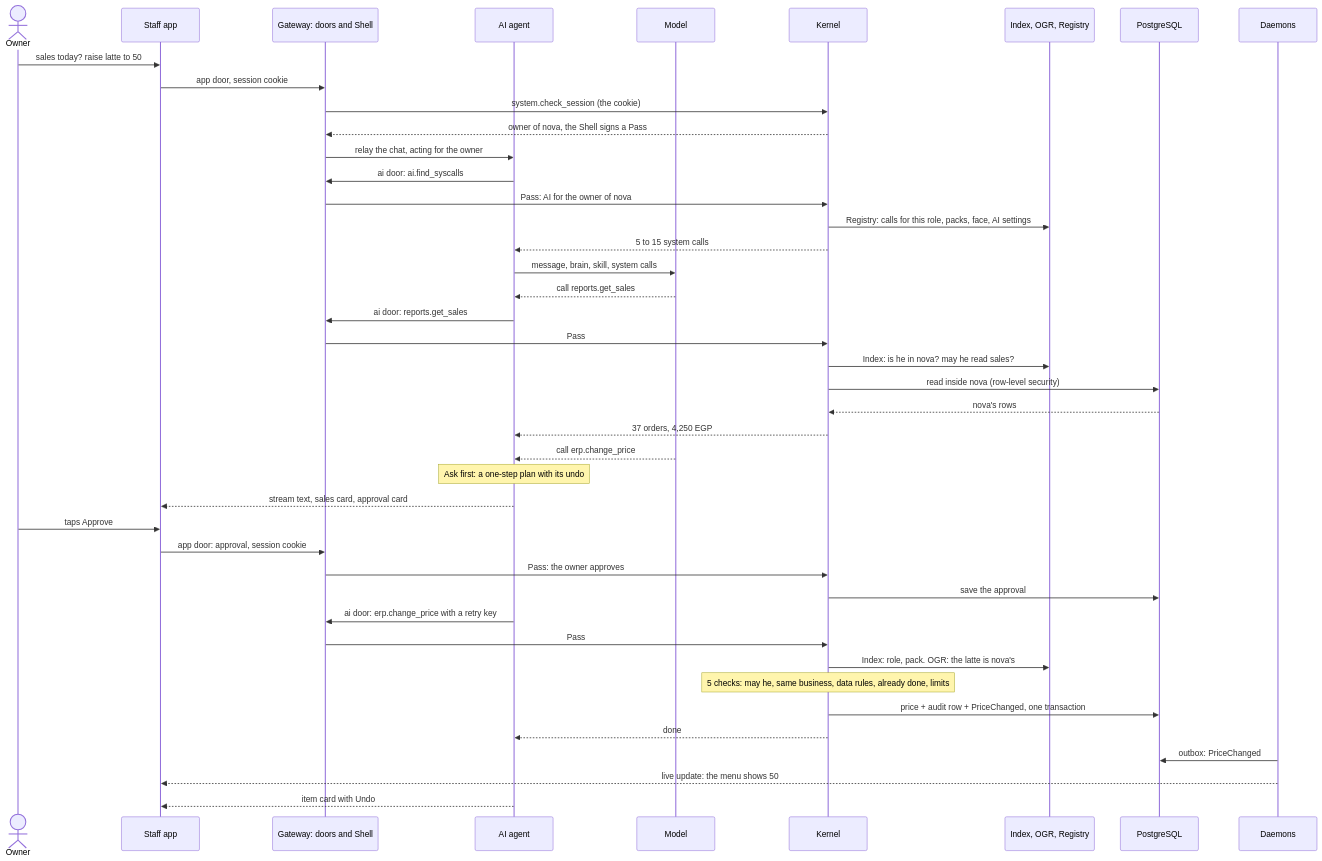
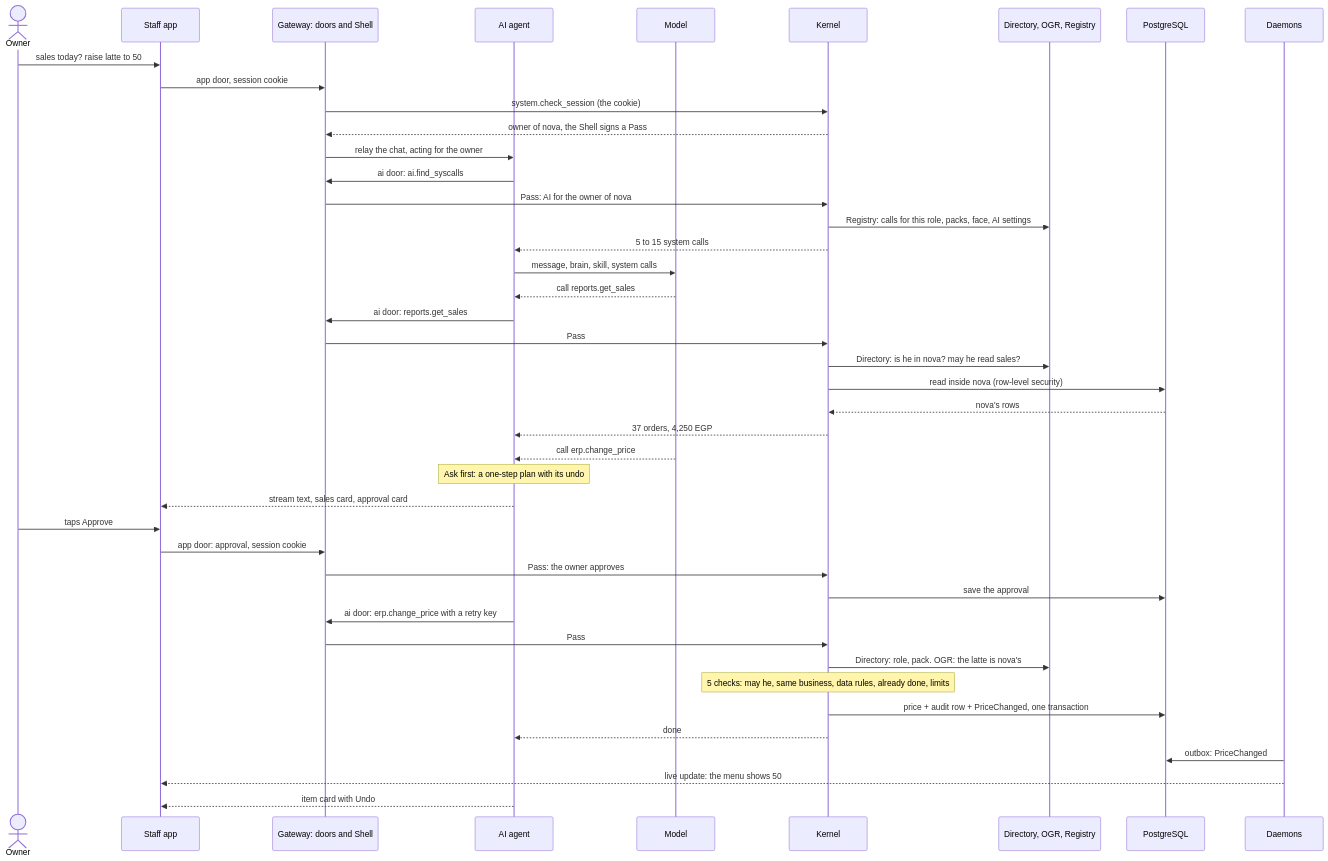
Before and after one commit to puagraduationproject/graduationproject: the fourth of 12 diagrams in technical-structure.md, drawn with Mermaid. The commit also changed other lines of this file and 1 other file, not shown here.

Commit message:
Design: the Kernel works like a CPU; the OS folder; the Index is the Directory; a JSON file per system call

````diff
--- a/technical-structure.md
+++ b/technical-structure.md
@@ -614,46 +633,46 @@
 ```mermaid
 sequenceDiagram
   actor A as Owner
   participant W as Staff app
   participant S as Gateway: doors and Shell
   participant G as AI agent
   participant M as Model
   participant K as Kernel
-  participant X as Index, OGR, Registry
+  participant X as Directory, OGR, Registry
   participant DB as PostgreSQL
   participant D as Daemons
 
   A->>W: sales today? raise latte to 50
   W->>S: app door, session cookie
   S->>K: system.check_session (the cookie)
   K-->>S: owner of nova, the Shell signs a Pass
   S->>G: relay the chat, acting for the owner
   G->>S: ai door: ai.find_syscalls
   S->>K: Pass: AI for the owner of nova
   K->>X: Registry: calls for this role, packs, face, AI settings
   K-->>G: 5 to 15 system calls
   G->>M: message, brain, skill, system calls
   M-->>G: call reports.get_sales
   G->>S: ai door: reports.get_sales
   S->>K: Pass
-  K->>X: Index: is he in nova? may he read sales?
+  K->>X: Directory: is he in nova? may he read sales?
   K->>DB: read inside nova (row-level security)
   DB-->>K: nova's rows
   K-->>G: 37 orders, 4,250 EGP
   M-->>G: call erp.change_price
   Note over G: Ask first: a one-step plan with its undo
   G-->>W: stream text, sales card, approval card
   A->>W: taps Approve
   W->>S: app door: approval, session cookie
   S->>K: Pass: the owner approves
   K->>DB: save the approval
   G->>S: ai door: erp.change_price with a retry key
   S->>K: Pass
-  K->>X: Index: role, pack. OGR: the latte is nova's
+  K->>X: Directory: role, pack. OGR: the latte is nova's
   Note over K: 5 checks: may he, same business, data rules, already done, limits
   K->>DB: price + audit row + PriceChanged, one transaction
   K-->>G: done
   D->>DB: outbox: PriceChanged
   D-->>W: live update: the menu shows 50
   G-->>W: item card with Undo
 ```
````
